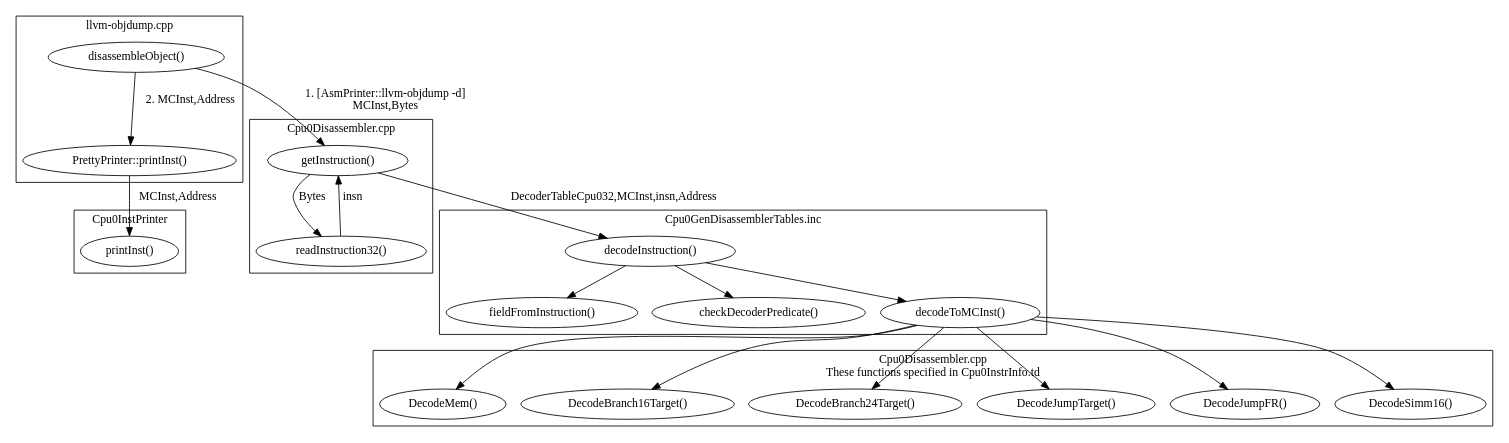
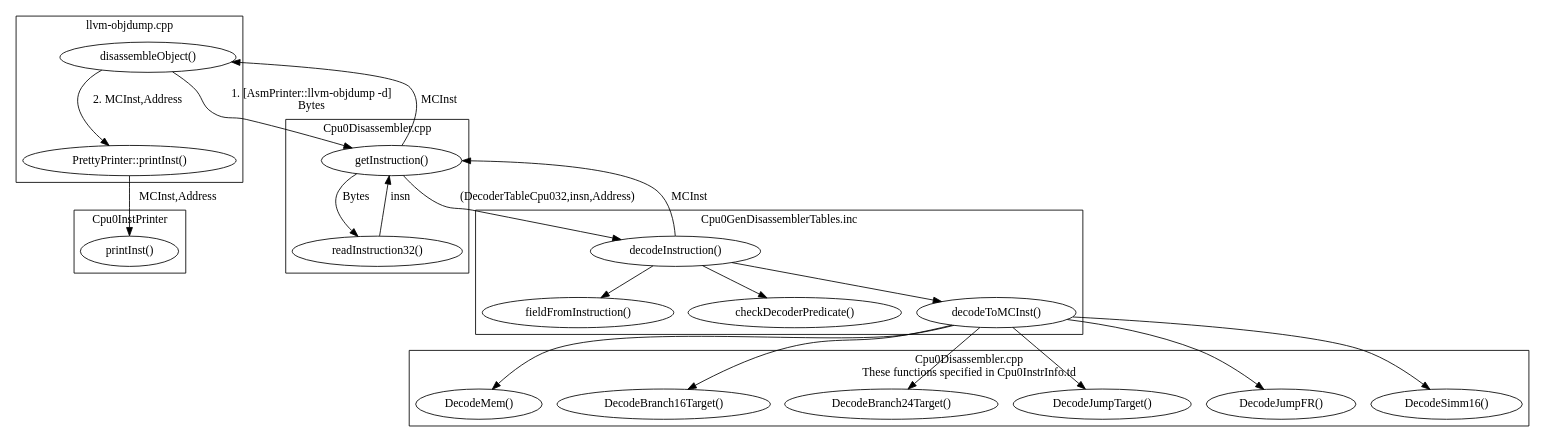
Before and after one commit to Jonathan2251/lbd: the diagram in Fig/elf/disas.gv, drawn with Graphviz. The commit also changed 5 other files, not shown here.

Commit message:
backendstructure.rst: cpu0-enc-struct.gv, elf.rst: disas.gv, asm.rst: asmFlow.gv

```diff
--- a/Fig/elf/disas.gv
+++ b/Fig/elf/disas.gv
@@ -1,49 +1,51 @@
 digraph G {
   rankdir=TD;
-  "disassembleObject()" -> "getInstruction()" [label="1. [AsmPrinter::llvm-objdump -d]\nMCInst,Bytes"];
+  "disassembleObject()" -> "getInstruction()" [label="1. [AsmPrinter::llvm-objdump -d]\nBytes"];
   "disassembleObject()" -> "PrettyPrinter::printInst()" [label="2. MCInst,Address"];
+  "getInstruction()" -> "disassembleObject()" [label="MCInst"];
   "PrettyPrinter::printInst()" -> "printInst()" [label="MCInst,Address"];
-  "getInstruction()" -> "decodeInstruction()" [label="DecoderTableCpu032,MCInst,insn,Address"];
+  "getInstruction()" -> "decodeInstruction()" [label="(DecoderTableCpu032,insn,Address)"];
+  "decodeInstruction()" -> "getInstruction()" [label="MCInst"];
   "decodeInstruction()" -> "fieldFromInstruction()";
   "decodeInstruction()" -> "checkDecoderPredicate()";
   "decodeInstruction()" -> "decodeToMCInst()";
   "decodeToMCInst()" -> "DecodeMem()";
   "decodeToMCInst()" -> "DecodeBranch16Target()";
   "decodeToMCInst()" -> "DecodeBranch24Target()";
   "decodeToMCInst()" -> "DecodeJumpTarget()";
   "decodeToMCInst()" -> "DecodeJumpFR()";
   "decodeToMCInst()" -> "DecodeSimm16()";
   subgraph clusterObjdump {
     label = "llvm-objdump.cpp";
     "disassembleObject()";
     "PrettyPrinter::printInst()";
   }
   subgraph clusterCpu0Dis1 {
     label = "Cpu0Disassembler.cpp";
     "getInstruction()";
     "readInstruction32()";
     "getInstruction()" -> "readInstruction32()" [label="Bytes"];
     "readInstruction32()" -> "getInstruction()" [label="insn"];
   }
   subgraph clusterCpu0Dis2 {
     label = "Cpu0Disassembler.cpp\n These functions specified in Cpu0InstrInfo.td";
     "DecodeMem()";
     "DecodeBranch16Target()";
     "DecodeBranch24Target()";
     "DecodeJumpTarget()";
     "DecodeJumpFR()";
     "DecodeSimm16()";
   }
   subgraph clusterInc {
     label = "Cpu0GenDisassemblerTables.inc";
     "fieldFromInstruction()";
     "checkDecoderPredicate()";
     "decodeToMCInst()";
     "decodeInstruction()";
   }
   subgraph clusterCpu0InstPrinter {
     label = "Cpu0InstPrinter";
     "printInst()";
   }
 //  label = "Figure: The flow of disassembly";
 }
```
